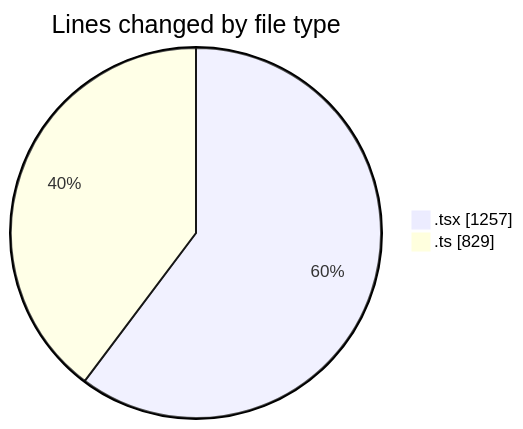
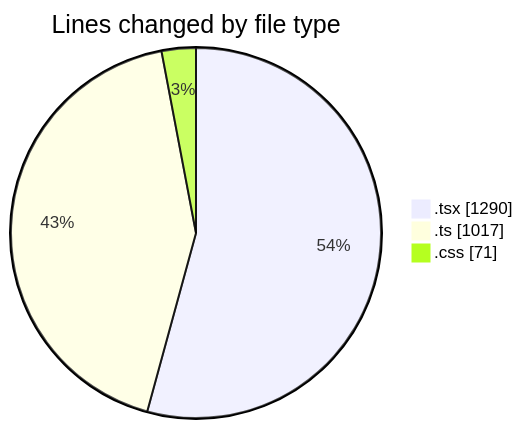
One commit to robertbonfada/code-tracking changed the first of 2 diagrams in 2025-01-27/mbc-web/README.md. Above: the diagram before and after it, drawn with Mermaid. The commit also changed other lines of this file and 1 other file, not shown here.

````diff
--- a/2025-01-27/mbc-web/README.md
+++ b/2025-01-27/mbc-web/README.md
@@ -23,6 +26,7 @@
 ```mermaid
 pie showData
 title Lines changed by file type
-".tsx" : 1257
-".ts" : 829
+".tsx" : 1290
+".ts" : 1017
+".css" : 71
 ```
````
